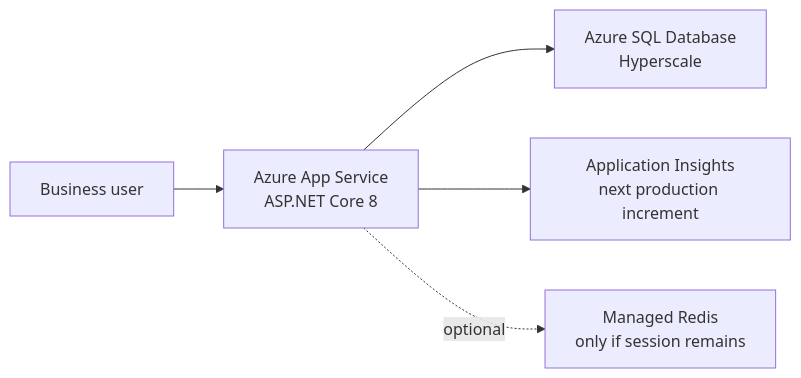
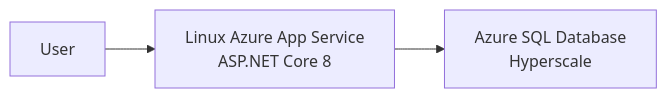
Before and after one commit to microsoft/sqlcon-eu-2026-demos: the diagram in corenote/migration/docs/ONE-HOUR-AZURE-MODERNIZATION-WORKSHOP.md, drawn with Mermaid. The commit also changed other lines of this file and 322 other files, not shown here.

````diff
--- a/corenote/migration/docs/ONE-HOUR-AZURE-MODERNIZATION-WORKSHOP.md
+++ b/corenote/migration/docs/ONE-HOUR-AZURE-MODERNIZATION-WORKSHOP.md
@@ -96,7 +11,5 @@
 ```mermaid
 flowchart LR
-    User[Business user] --> Web[Azure App Service\nASP.NET Core 8]
-    Web --> Sql[Azure SQL Database\nHyperscale]
-    Web --> Monitor[Application Insights\nnext production increment]
-    Web -. optional .-> Redis[Managed Redis\nonly if session remains]
+    User[User] --> Web[Linux Azure App Service<br/>ASP.NET Core 8]
+    Web --> Sql[Azure SQL Database<br/>Hyperscale]
 ```
````
